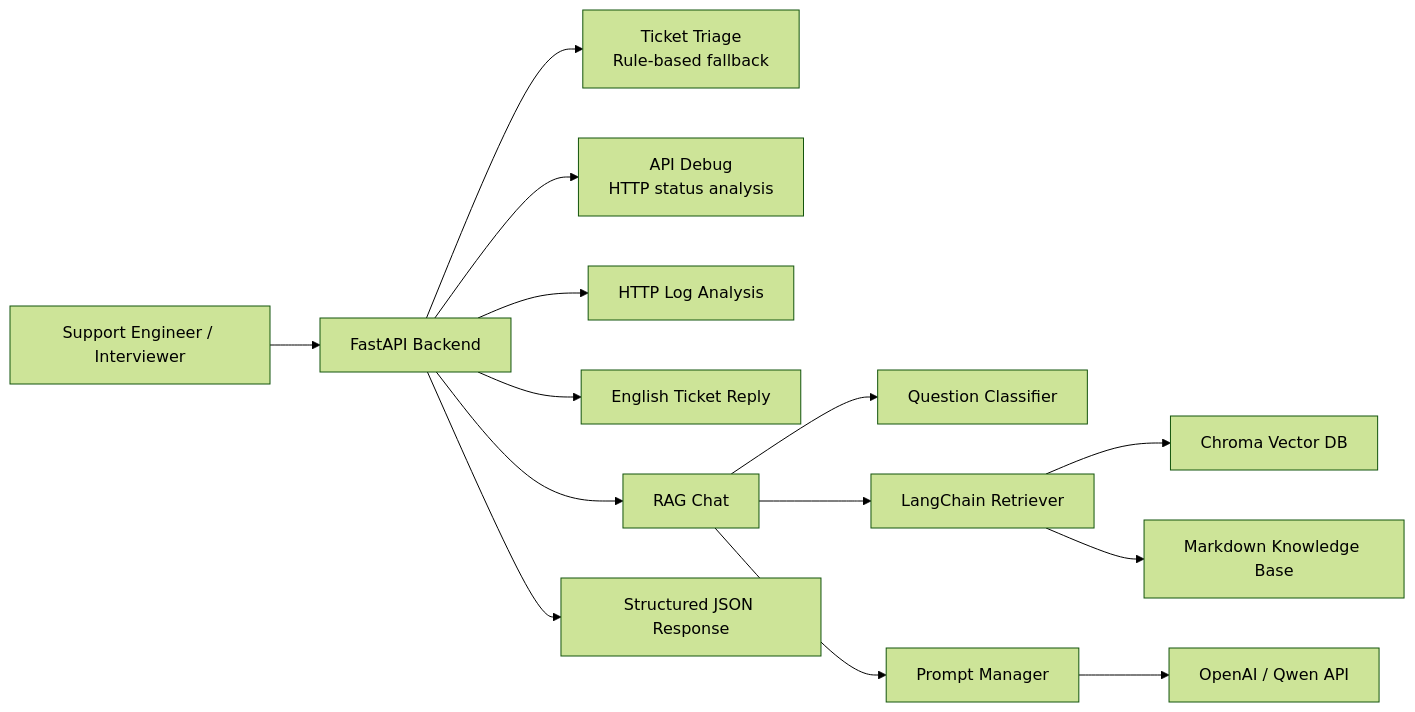
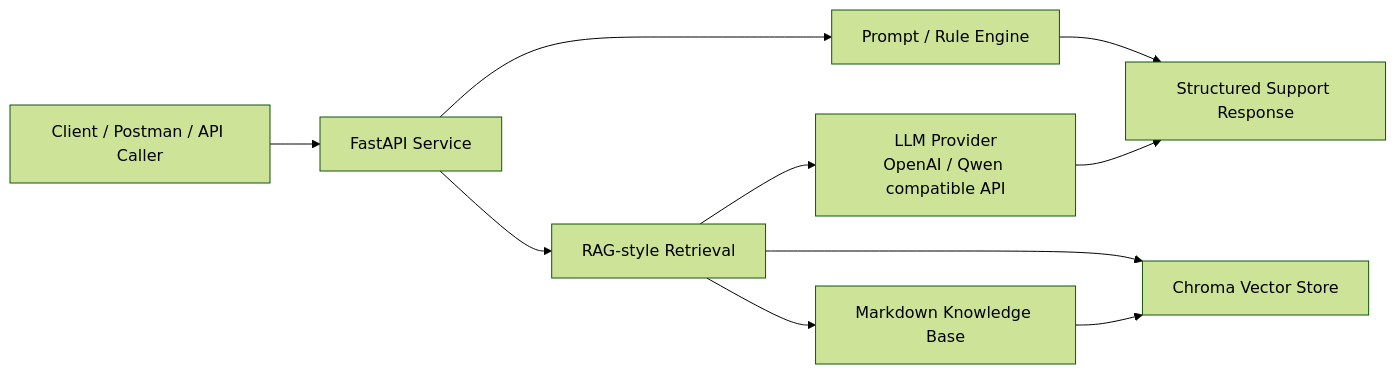
One commit to HAHAL/cloudsupport-ai changed the diagram in README.md. Above: the diagram before and after it, drawn with Mermaid (forest theme). The commit also changed other lines of this file and 5 other files, not shown here.

````diff
--- a/README.md
+++ b/README.md
@@ -41,19 +40,15 @@
 ```mermaid
 flowchart LR
-    User["Support Engineer / Interviewer"] --> API["FastAPI Backend"]
+    Client["Client / Postman / API Caller"] --> API["FastAPI Service"]
 
-    API --> Triage["Ticket Triage<br/>Rule-based fallback"]
-    API --> Debug["API Debug<br/>HTTP status analysis"]
-    API --> Logs["HTTP Log Analysis"]
-    API --> Reply["English Ticket Reply"]
-    API --> Chat["RAG Chat"]
+    API --> Rule["Prompt / Rule Engine"]
+    API --> RAG["RAG-style Retrieval"]
 
-    Chat --> Classifier["Question Classifier"]
-    Chat --> Retriever["LangChain Retriever"]
-    Retriever --> Chroma["Chroma Vector DB"]
-    Retriever --> KB["Markdown Knowledge Base"]
-    Chat --> Prompt["Prompt Manager"]
-    Prompt --> LLM["OpenAI / Qwen API"]
+    Rule --> SupportJSON["Structured Support Response"]
+    RAG --> KB["Markdown Knowledge Base"]
+    RAG --> VectorDB["Chroma Vector Store"]
+    RAG --> LLM["LLM Provider<br/>OpenAI / Qwen compatible API"]
 
-    API --> JSON["Structured JSON Response"]
+    KB --> VectorDB
+    LLM --> SupportJSON
 ```
````
